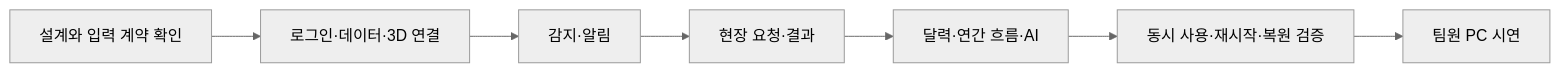
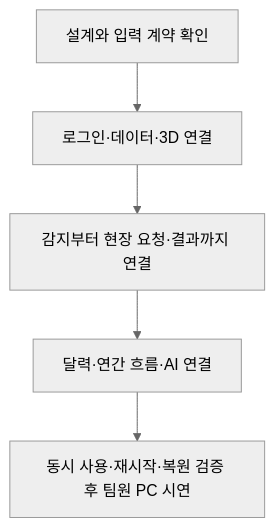
Before and after one commit to posco-3bungi-pdm/cal01-monitor: the diagram in docs/05-delivery.md, drawn with Mermaid (neutral theme). The commit also changed 2 other files, not shown here.

Commit message:
docs: 좁은 화면에서도 흐름도가 읽히도록 정리

````diff
--- a/docs/05-delivery.md
+++ b/docs/05-delivery.md
@@ -37,9 +37,7 @@
 ```mermaid
-flowchart LR
+flowchart TB
     D[설계와 입력 계약 확인] --> A[로그인·데이터·3D 연결]
-    A --> B[감지·알림]
-    B --> C[현장 요청·결과]
-    C --> E[달력·연간 흐름·AI]
-    E --> F[동시 사용·재시작·복원 검증]
-    F --> G[팀원 PC 시연]
+    A --> B[감지부터 현장 요청·결과까지 연결]
+    B --> E[달력·연간 흐름·AI 연결]
+    E --> F[동시 사용·재시작·복원 검증 후 팀원 PC 시연]
 ```
````
